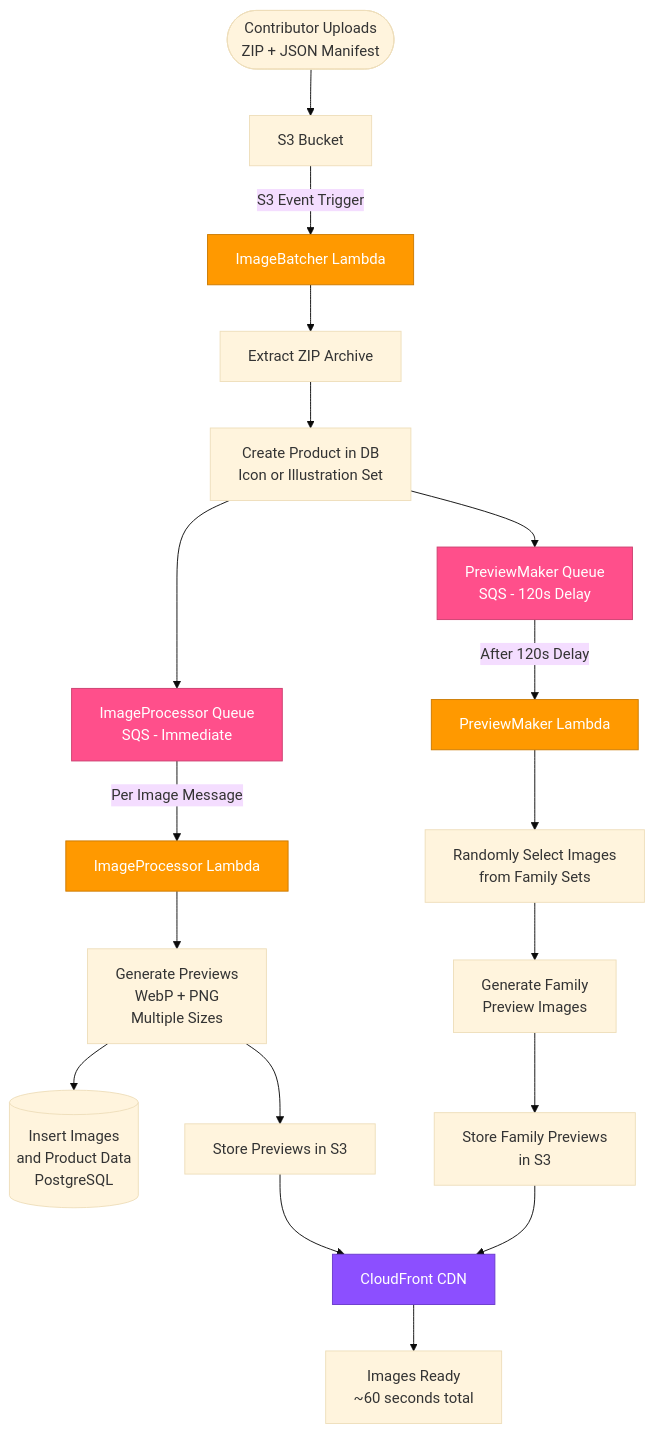
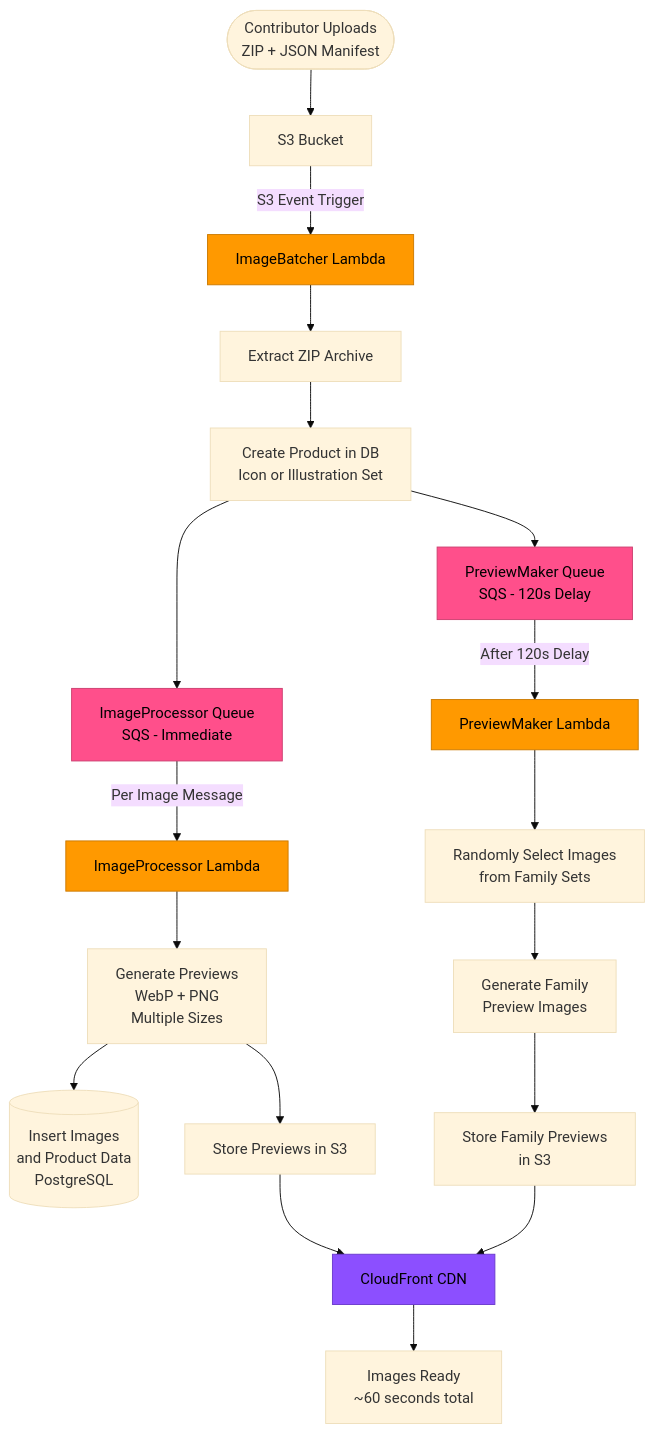
One commit to iconifyit/vectoricons-base-public changed the third of 5 diagrams in README.md. Above: the diagram before and after it, drawn with Mermaid (base theme). The commit also changed other lines of this file and 2 other files, not shown here.

Commit message:
feat: add ADRs and custom doco pages

````diff
--- a/README.md
+++ b/README.md
@@ -191,36 +191,36 @@
 ```mermaid
 flowchart TD
     START([Contributor Uploads<br/>ZIP + JSON Manifest]) --> S3UPLOAD[S3 Bucket]
 
     S3UPLOAD -->|S3 Event Trigger| BATCHER[ImageBatcher Lambda]
 
     BATCHER --> EXTRACT[Extract ZIP Archive]
     EXTRACT --> CREATEPROD[Create Product in DB<br/>Icon or Illustration Set]
 
     CREATEPROD --> QUEUE1[ImageProcessor Queue<br/>SQS - Immediate]
     CREATEPROD --> QUEUE2[PreviewMaker Queue<br/>SQS - 120s Delay]
 
     QUEUE1 -->|Per Image Message| PROCESSOR[ImageProcessor Lambda]
 
     PROCESSOR --> PREVIEWS[Generate Previews<br/>WebP + PNG<br/>Multiple Sizes]
     PREVIEWS --> INSERTDB[(Insert Images<br/>and Product Data<br/>PostgreSQL)]
     PREVIEWS --> S3STORE[Store Previews in S3]
 
     QUEUE2 -->|After 120s Delay| PREVIEWMAKER[PreviewMaker Lambda]
 
     PREVIEWMAKER --> SELECTIMGS[Randomly Select Images<br/>from Family Sets]
     SELECTIMGS --> FAMILYPREV[Generate Family<br/>Preview Images]
     FAMILYPREV --> S3FAMPREV[Store Family Previews<br/>in S3]
 
     S3STORE --> CDN[CloudFront CDN]
     S3FAMPREV --> CDN
 
     CDN --> READY[Images Ready<br/>~60 seconds total]
 
-    style BATCHER fill:#FF9900,stroke:#cc7a00,color:#fff
-    style PROCESSOR fill:#FF9900,stroke:#cc7a00,color:#fff
-    style PREVIEWMAKER fill:#FF9900,stroke:#cc7a00,color:#fff
-    style QUEUE1 fill:#FF4F8B,stroke:#cc3f6f,color:#fff
-    style QUEUE2 fill:#FF4F8B,stroke:#cc3f6f,color:#fff
-    style CDN fill:#8C4FFF,stroke:#6a3acc,color:#fff
+    style BATCHER fill:#FF9900,stroke:#cc7a00,color:#000
+    style PROCESSOR fill:#FF9900,stroke:#cc7a00,color:#000
+    style PREVIEWMAKER fill:#FF9900,stroke:#cc7a00,color:#000
+    style QUEUE1 fill:#FF4F8B,stroke:#cc3f6f,color:#000
+    style QUEUE2 fill:#FF4F8B,stroke:#cc3f6f,color:#000
+    style CDN fill:#8C4FFF,stroke:#6a3acc,color:#000
 ```
````
